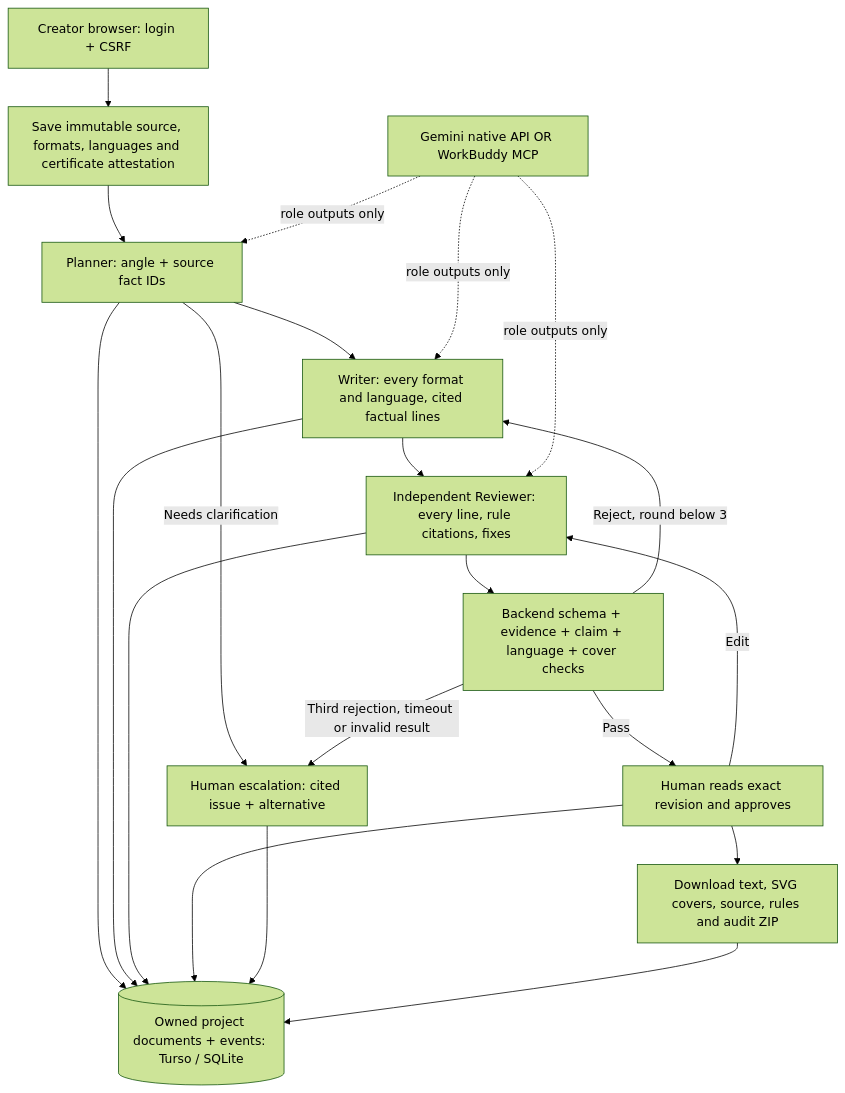
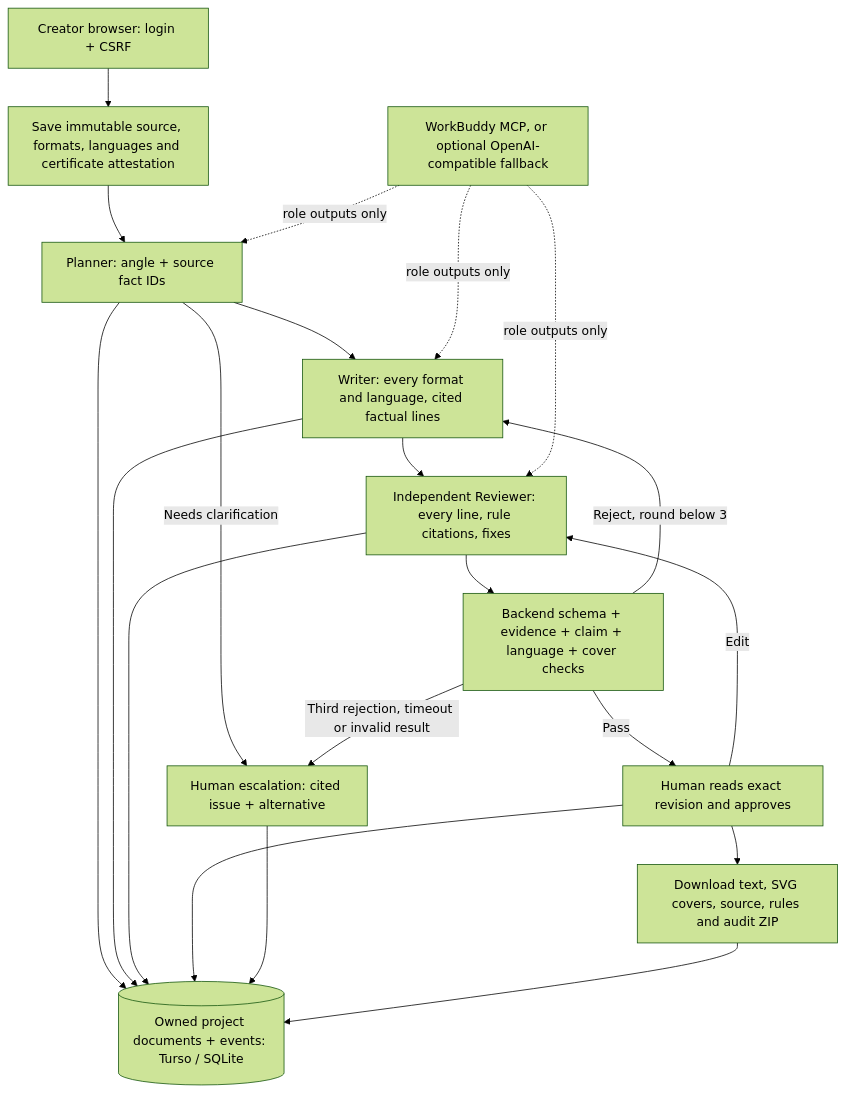
Before and after one commit to BonifasiusRaditya/agent-creator: the diagram in docs/CREATOR_ARCHITECTURE.md, drawn with Mermaid (forest theme). The commit also changed other lines of this file and 15 other files, not shown here.

````diff
--- a/docs/CREATOR_ARCHITECTURE.md
+++ b/docs/CREATOR_ARCHITECTURE.md
@@ -7,16 +7,16 @@
 ```mermaid
 flowchart TD
   U[Creator browser: login + CSRF] --> S[Save immutable source, formats, languages and certificate attestation]
   S --> P[Planner: angle + source fact IDs]
   P -->|Needs clarification| E[Human escalation: cited issue + alternative]
   P --> W[Writer: every format and language, cited factual lines]
   W --> R[Independent Reviewer: every line, rule citations, fixes]
   R --> V[Backend schema + evidence + claim + language + cover checks]
   V -->|Reject, round below 3| W
   V -->|Third rejection, timeout or invalid result| E
   V -->|Pass| H[Human reads exact revision and approves]
   H --> X[Download text, SVG covers, source, rules and audit ZIP]
   H -->|Edit| R
   P & W & R & H & E & X --> D[(Owned project documents + events: Turso / SQLite)]
-  M[Gemini native API OR WorkBuddy MCP] -. role outputs only .-> P & W & R
+  M[WorkBuddy MCP, or optional OpenAI-compatible fallback] -. role outputs only .-> P & W & R
 ```
````
